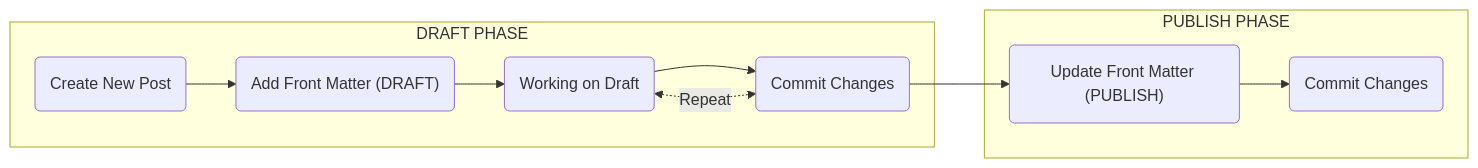
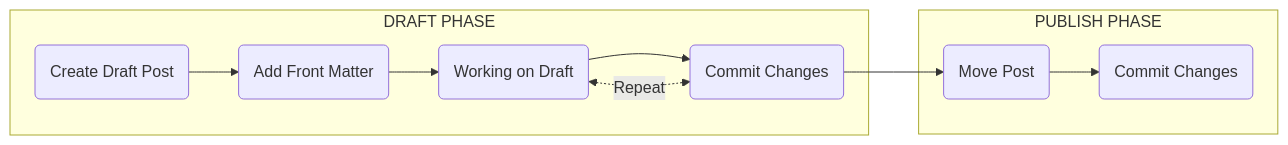
One commit to elishaadamu/elisha changed the diagram in _drafts/2024-01-13-Blog-as-Code-Part2.md. Above: the diagram before and after it, drawn with Mermaid.

Commit message:
DRAFT POST - Blog-as-Code (Part 2)

````diff
--- a/_drafts/2024-01-13-Blog-as-Code-Part2.md
+++ b/_drafts/2024-01-13-Blog-as-Code-Part2.md
@@ -41,12 +41,12 @@
 ```mermaid
 flowchart LR
 subgraph draft [DRAFT PHASE]
-  D1(Create New Post)-->D2("Add Front Matter (DRAFT)")-->D3(Working on Draft) -->D4(Commit Changes)
+  D1(Create Draft Post)-->D2("Add Front Matter")-->D3(Working on Draft) -->D4(Commit Changes)
   D3<-.Repeat .->D4
 end
 subgraph publish [PUBLISH PHASE]
-  P1("Update Front Matter (PUBLISH)") -->P2(Commit Changes)
+  P1("Move Post") -->P2(Commit Changes)
 end
 D4-->P1
 
 ```
````
